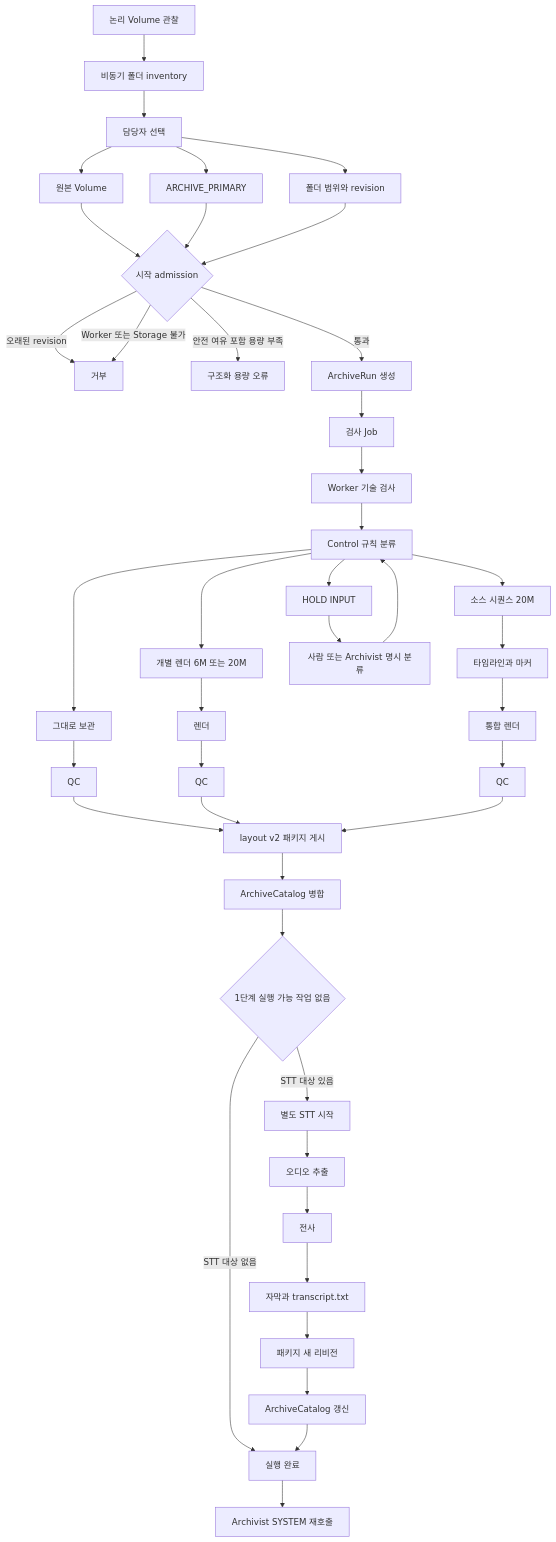
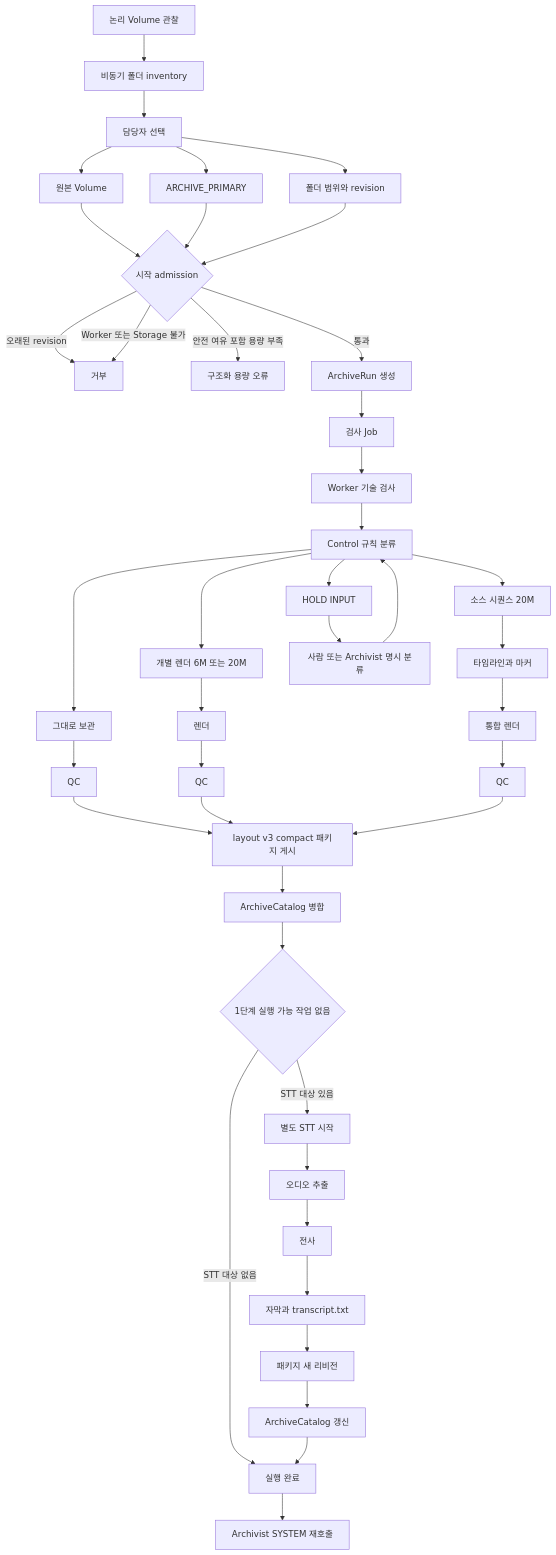
Before and after one commit to Jeon-HyeongJoon/Video-Production-Archive: the second of 3 diagrams in docs/design/15-current-baseline.md, drawn with Mermaid. The commit also changed other lines of this file and 19 other files, not shown here.

````diff
--- a/docs/design/15-current-baseline.md
+++ b/docs/design/15-current-baseline.md
@@ -71,45 +71,45 @@
 ```mermaid
 flowchart TD
     A[논리 Volume 관찰] --> B[비동기 폴더 inventory]
     B --> C[담당자 선택]
     C --> C1[원본 Volume]
     C --> C2[ARCHIVE_PRIMARY]
     C --> C3[폴더 범위와 revision]
 
     C1 & C2 & C3 --> D{시작 admission}
     D -->|오래된 revision| R1[거부]
     D -->|Worker 또는 Storage 불가| R1
     D -->|안전 여유 포함 용량 부족| R2[구조화 용량 오류]
     D -->|통과| E[ArchiveRun 생성]
 
     E --> F[검사 Job]
     F --> G[Worker 기술 검사]
     G --> H[Control 규칙 분류]
 
     H --> I1[그대로 보관]
     H --> I2[개별 렌더 6M 또는 20M]
     H --> I3[소스 시퀀스 20M]
     H --> I4[HOLD INPUT]
 
     I1 --> Q1[QC]
     I2 --> R3[렌더] --> Q2[QC]
     I3 --> T3[타임라인과 마커] --> R4[통합 렌더] --> Q3[QC]
 
-    Q1 & Q2 & Q3 --> P[layout v2 패키지 게시]
+    Q1 & Q2 & Q3 --> P[layout v3 compact 패키지 게시]
     P --> K[ArchiveCatalog 병합]
     K --> S{1단계 실행 가능 작업 없음}
 
     I4 --> H2[사람 또는 Archivist 명시 분류]
     H2 --> H
 
     S -->|STT 대상 없음| Z[실행 완료]
     S -->|STT 대상 있음| ST[별도 STT 시작]
     ST --> AU[오디오 추출]
     AU --> TR[전사]
     TR --> SS[자막과 transcript.txt]
     SS --> RV[패키지 새 리비전]
     RV --> CK[ArchiveCatalog 갱신]
     CK --> Z
 
     Z --> RC[Archivist SYSTEM 재호출]
 ```
````
